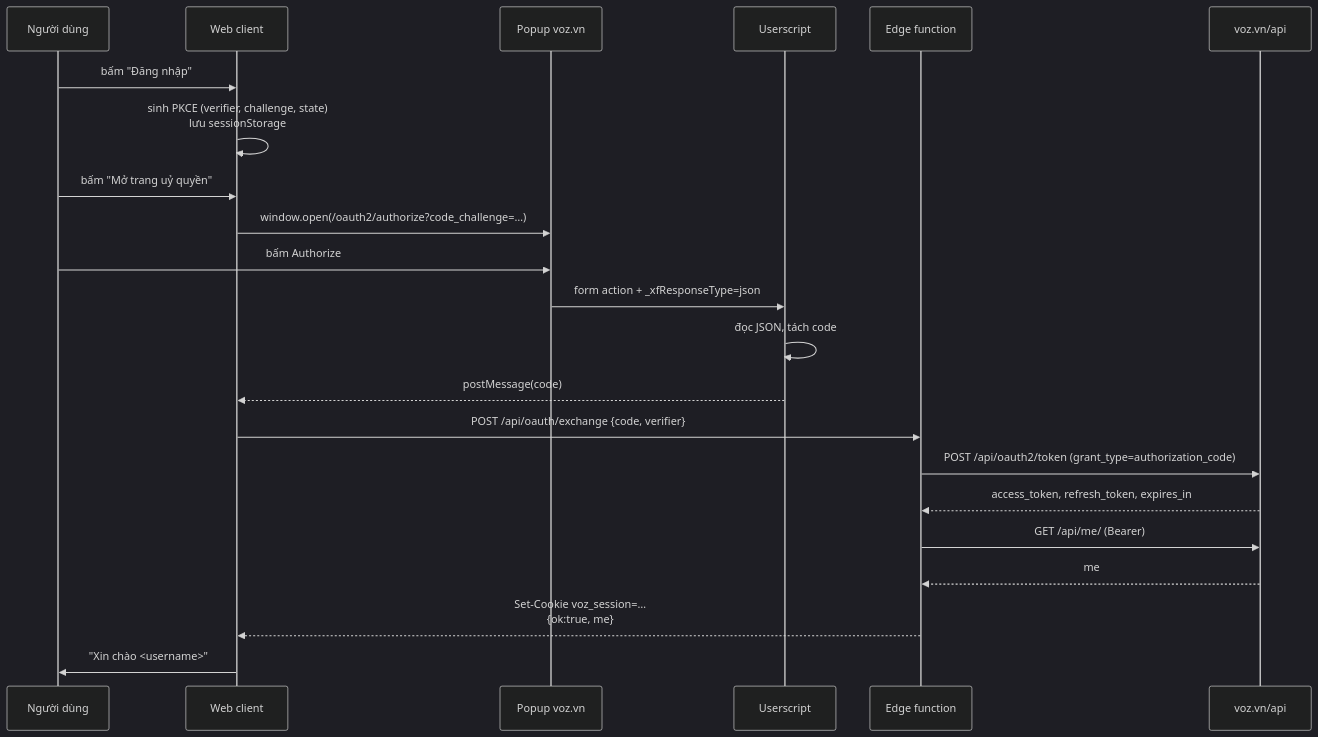
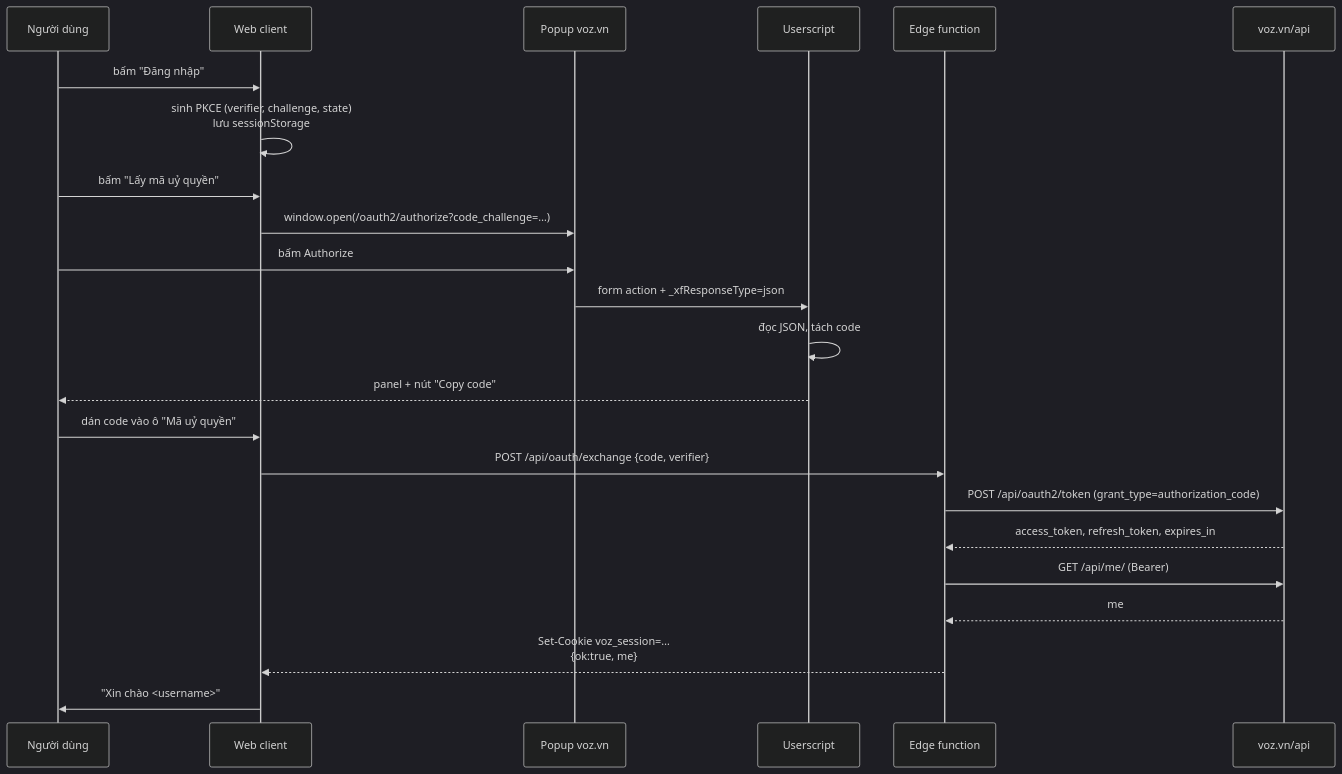
The second of 2 diagrams in voz-forum-deploy.md (siritami/vtest), drawn with Mermaid (dark theme) before and after one commit. The commit also changed other lines of this file and 5 other files, not shown here.

````diff
--- a/voz-forum-deploy.md
+++ b/voz-forum-deploy.md
@@ -302,25 +303,26 @@
 ```mermaid
 sequenceDiagram
     participant U as Người dùng
     participant W as Web client
     participant P as Popup voz.vn
     participant S as Userscript
     participant E as Edge function
     participant V as voz.vn/api
 
     U->>W: bấm "Đăng nhập"
     W->>W: sinh PKCE (verifier, challenge, state)<br/>lưu sessionStorage
-    U->>W: bấm "Mở trang uỷ quyền"
+    U->>W: bấm "Lấy mã uỷ quyền"
     W->>P: window.open(/oauth2/authorize?code_challenge=…)
     U->>P: bấm Authorize
     P->>S: form action + _xfResponseType=json
     S->>S: đọc JSON, tách code
-    S-->>W: postMessage(code)
+    S-->>U: panel + nút "Copy code"
+    U->>W: dán code vào ô "Mã uỷ quyền"
     W->>E: POST /api/oauth/exchange {code, verifier}
     E->>V: POST /api/oauth2/token (grant_type=authorization_code)
     V-->>E: access_token, refresh_token, expires_in
     E->>V: GET /api/me/ (Bearer)
     V-->>E: me
     E-->>W: Set-Cookie voz_session=…<br/>{ok:true, me}
     W->>U: "Xin chào <username>"
 ```
````
